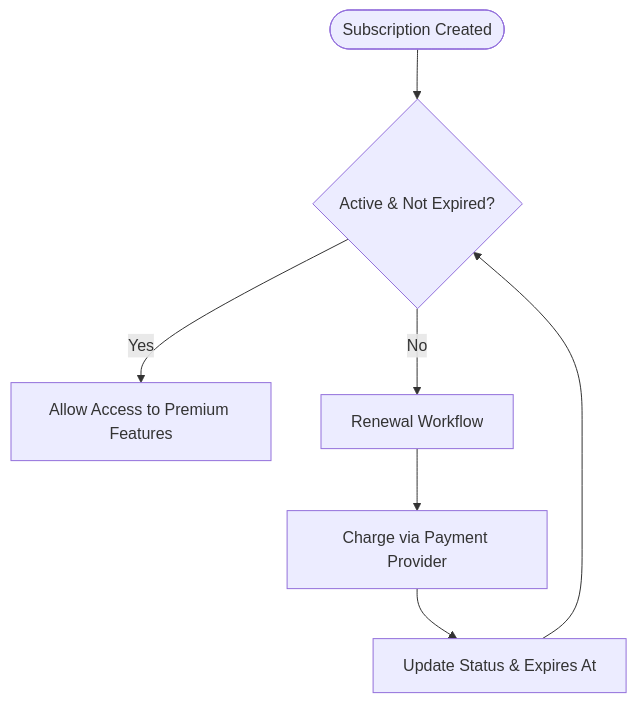
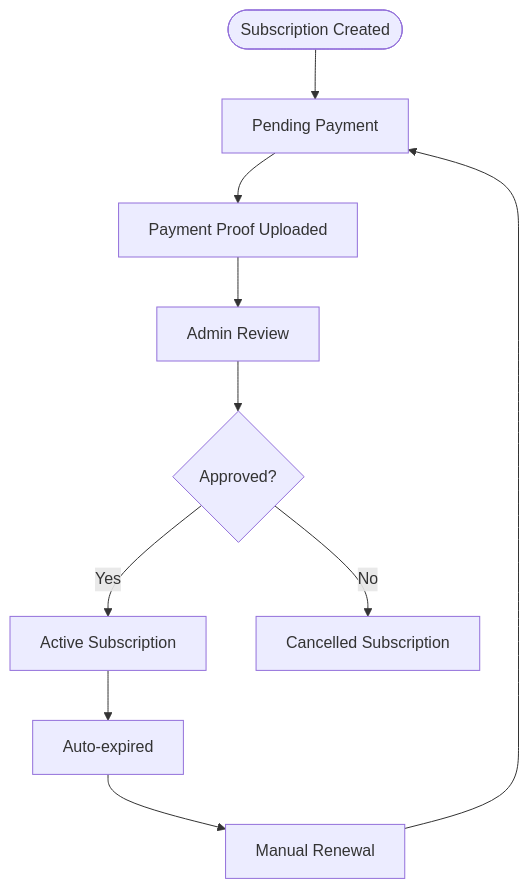
Before and after one commit to Alexandrexicara/craque-vision: the fifth of 5 diagrams in .qoder/repowiki/en/content/Backend API Documentation/Payment Processing.md, drawn with Mermaid. The commit also changed other lines of this file and 10 other files, not shown here.

````diff
--- a/.qoder/repowiki/en/content/Backend API Documentation/Payment Processing.md
+++ b/.qoder/repowiki/en/content/Backend API Documentation/Payment Processing.md
@@ -348,9 +466,12 @@
 ```mermaid
 flowchart TD
-Start(["Subscription Created"]) --> Active{"Active & Not Expired?"}
-Active --> |Yes| Use["Allow Access to Premium Features"]
-Active --> |No| Renew["Renewal Workflow"]
-Renew --> Charge["Charge via Payment Provider"]
-Charge --> Update["Update Status & Expires At"]
-Update --> Active
+Start(["Subscription Created"]) --> Pending["Pending Payment"]
+Pending --> Payment["Payment Proof Uploaded"]
+Payment --> Review["Admin Review"]
+Review --> Approved{"Approved?"}
+Approved --> |Yes| Active["Active Subscription"]
+Approved --> |No| Rejected["Cancelled Subscription"]
+Active --> Expired["Auto-expired"]
+Expired --> Renew["Manual Renewal"]
+Renew --> Pending
 ```
````
